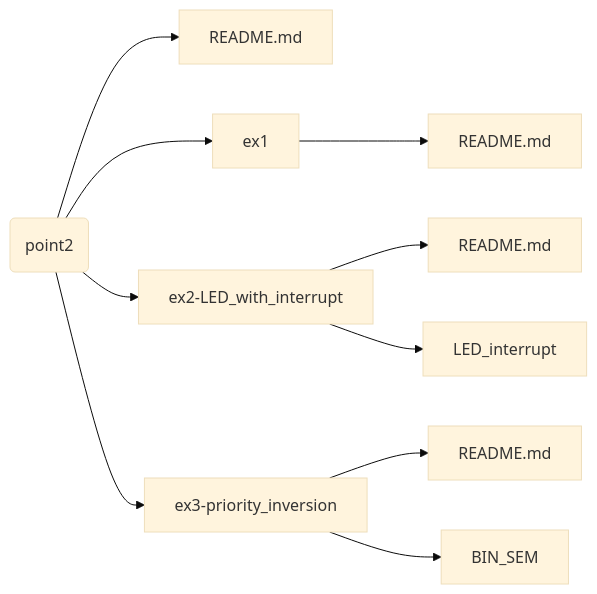
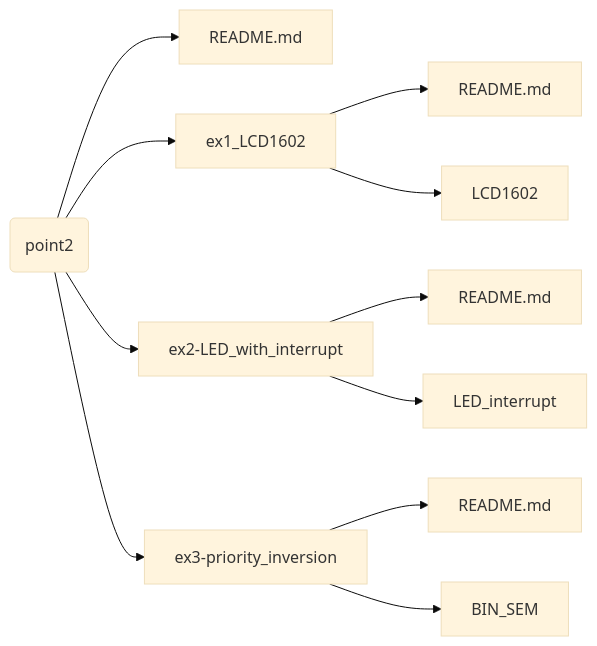
One commit to smokyisthatyou/STM32Nucleo64 changed the diagram in README.md. Above: the diagram before and after it, drawn with Mermaid. The commit also changed other lines of this file and 211 other files, not shown here.

````diff
--- a/README.md
+++ b/README.md
@@ -9,27 +10,29 @@
 ```mermaid
 %%{init: {'theme':'base'}}%%
 graph LR;
 p(point2)
 A[README.md];
 B[README.md];
 C[README.md];
 D[README.md];
 p-->A;
-p-->ex1;
+p-->ex1_LCD1602;
 p-->ex2-LED_with_interrupt;
 p-->ex3-priority_inversion;
 ex2-LED_with_interrupt-->B;
 ex2-LED_with_interrupt-->LED_interrupt;
-ex1-->D;
+ex1_LCD1602-->D;
+ex1_LCD1602-->LCD1602
 ex3-priority_inversion --> C;
 ex3-priority_inversion --> BIN_SEM;
 
 click p href "https://baltig.polito.it/caos2023/group2/-/tree/point2" "Link to point2";
 click README.md href "https://baltig.polito.it/caos2023/group2/-/tree/point2/README.md" "Link to point2.md";
+click ex1-LCD1602 href "https://baltig.polito.it/caos2023/group2/-/tree/point2/ex1_LCD1602" "Link to ex1_LCD1602";
 click ex2-LED_with_interrupt href "https://baltig.polito.it/caos2023/group2/-/tree/point2/ex2-LED_with_interrupt" "Link to ex2-LED_with_interrupt";
 click README.md href "https://baltig.polito.it/caos2023/group2/-/tree/point2/ex2-LED_with_interrupt/README.md" "Link to README.md";
 click LED_interrupt href "https://baltig.polito.it/caos2023/group2/-/tree/point2/ex2-LED_with_interrupt/LED_interrupt" "Link to LED_interrupt";
 click ex3-priority_inversion href "https://baltig.polito.it/caos2023/group2/-/tree/point1/tutorial_pictures" "Link to ex3-priority_inversion";
 click README.md href "https://baltig.polito.it/caos2023/group2/-/tree/point2/ex3-priority_inversion/README.md" "Link to README.md";
 click BIN_SEM href "https://baltig.polito.it/caos2023/group2/-/tree/point2/ex3-priority_inversion/BIN_SEM" "Link to BIN_SEM";
 ```
````
